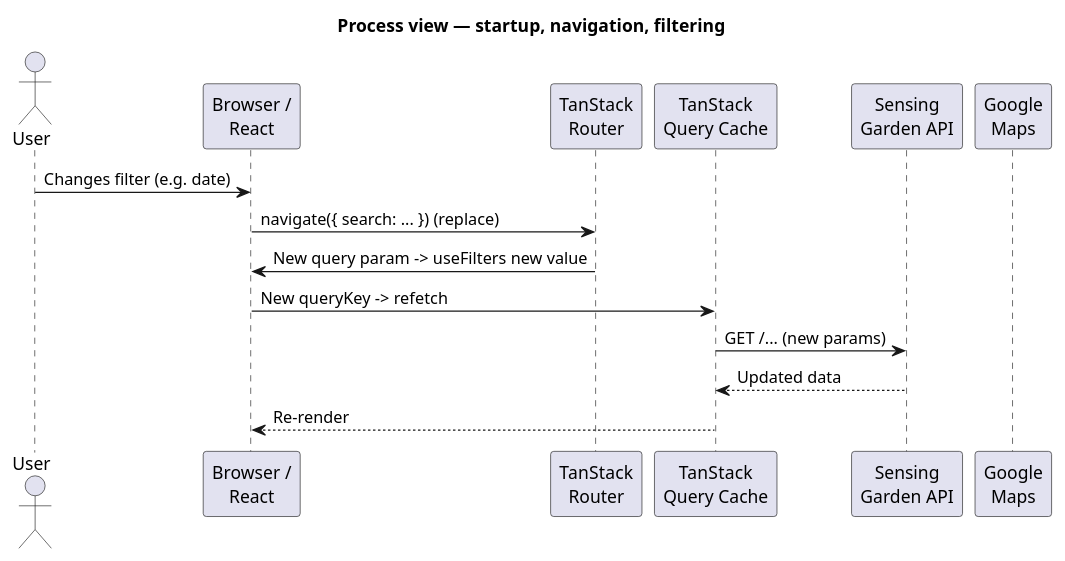
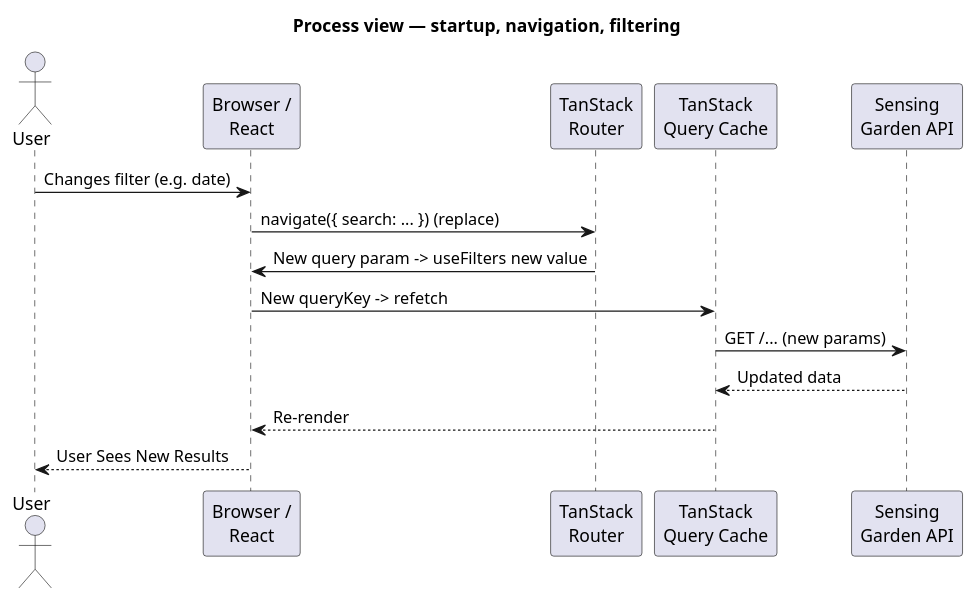
Before and after one commit to seandreassen/sensing-garden-dashboard: the diagram in docs/diagrams/process-view-2.puml, drawn with PlantUML. The commit also changed 30 other files, not shown here.

First line of the commit message:
docs: many new architecture diagrams

```diff
--- a/docs/diagrams/process-view-2.puml
+++ b/docs/diagrams/process-view-2.puml
@@ -1,20 +1,20 @@
 @startuml process-view
 title Process view — startup, navigation, filtering
 
 actor "User" as U
 participant "Browser /\nReact" as B
 participant "TanStack\nRouter" as R
 participant "TanStack\nQuery Cache" as Q
 participant "Sensing\nGarden API" as API
-participant "Google\nMaps" as GM
 
 
 
 U -> B : Changes filter (e.g. date)
 B -> R : navigate({ search: ... }) (replace)
 R -> B : New query param -> useFilters new value
 B -> Q : New queryKey -> refetch
 Q -> API : GET /... (new params)
 API --> Q : Updated data
 Q --> B : Re-render
+B --> U : User Sees New Results
 @enduml
```
